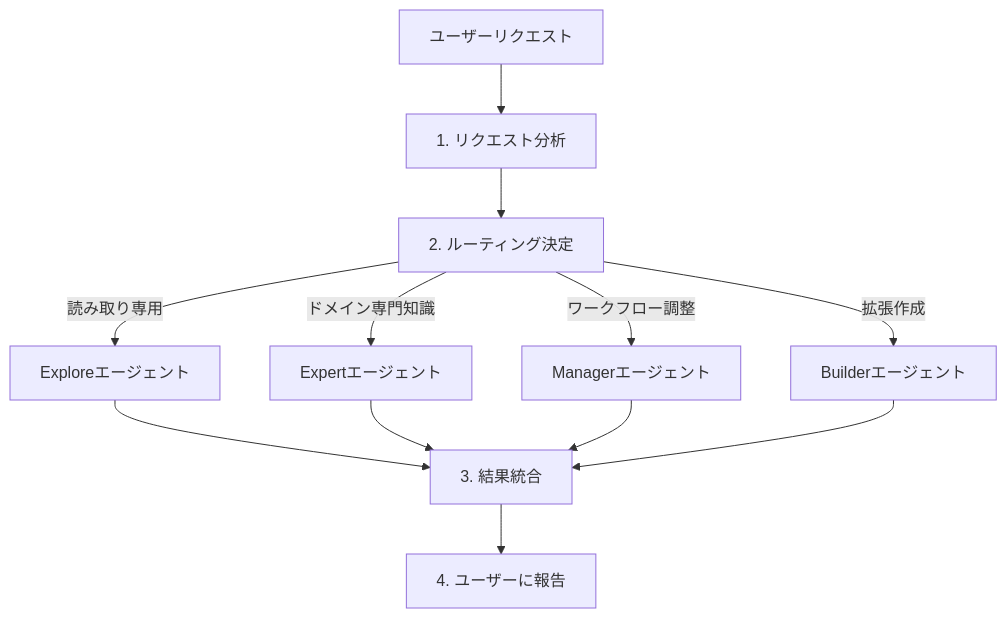
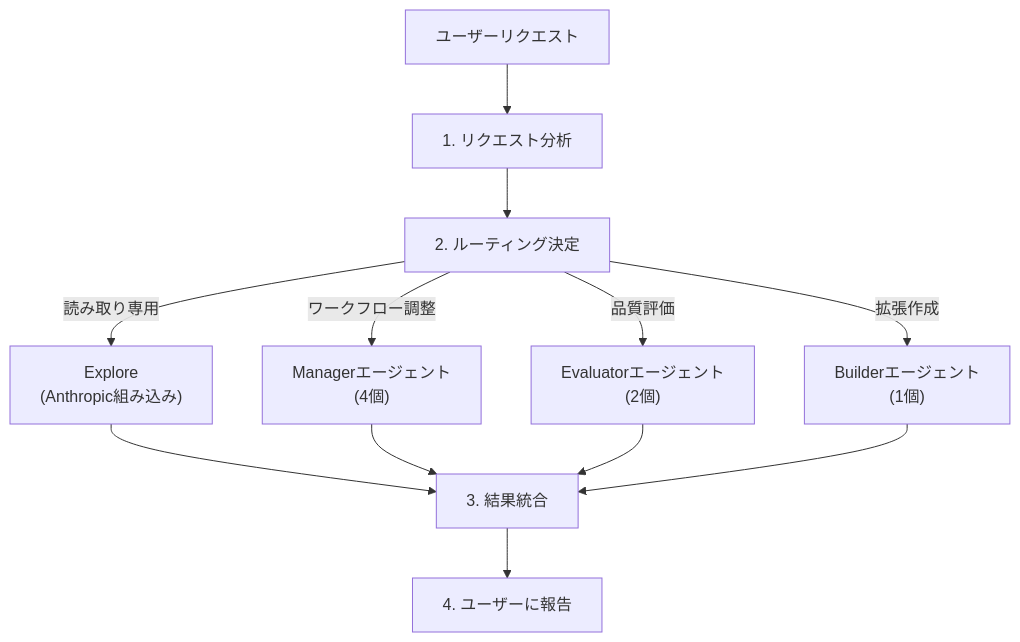
The first of 4 diagrams in docs-site/content/ja/advanced/agent-guide.md (modu-ai/moai-adk), drawn with Mermaid before and after one commit. The commit also changed other lines of this file and 153 other files, not shown here.

````diff
--- a/docs-site/content/ja/advanced/agent-guide.md
+++ b/docs-site/content/ja/advanced/agent-guide.md
@@ -36,17 +37,17 @@
 ```mermaid
 flowchart TD
     USER[ユーザーリクエスト] --> ANALYZE[1. リクエスト分析]
     ANALYZE --> ROUTE[2. ルーティング決定]
 
-    ROUTE -->|読み取り専用| EXPLORE["Exploreエージェント"]
-    ROUTE -->|ドメイン専門知識| EXPERT["Expertエージェント"]
-    ROUTE -->|ワークフロー調整| MANAGER["Managerエージェント"]
-    ROUTE -->|拡張作成| BUILDER["Builderエージェント"]
+    ROUTE -->|読み取り専用| EXPLORE["Explore<br/>(Anthropic組み込み)"]
+    ROUTE -->|ワークフロー調整| MANAGER["Managerエージェント<br/>(4個)"]
+    ROUTE -->|品質評価| EVAL["Evaluatorエージェント<br/>(2個)"]
+    ROUTE -->|拡張作成| BUILDER["Builderエージェント<br/>(1個)"]
 
     EXPLORE --> RESULT[3. 結果統合]
-    EXPERT --> RESULT
     MANAGER --> RESULT
+    EVAL --> RESULT
     BUILDER --> RESULT
 
     RESULT --> REPORT["4. ユーザーに報告"]
 ```
````
